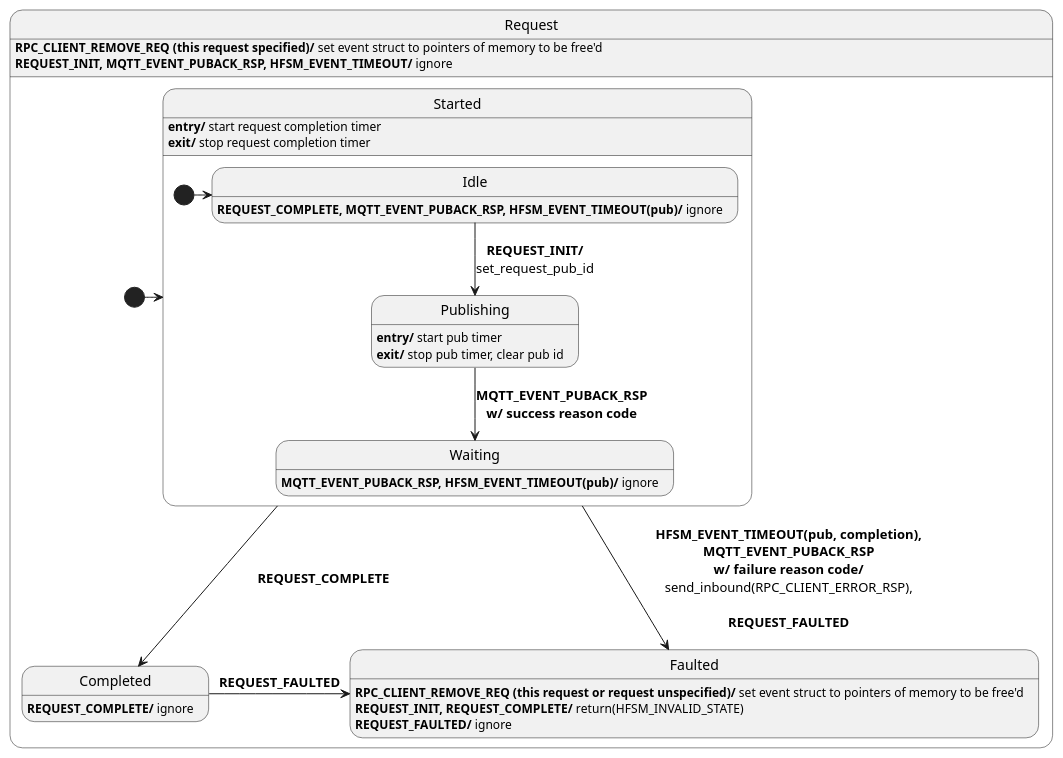
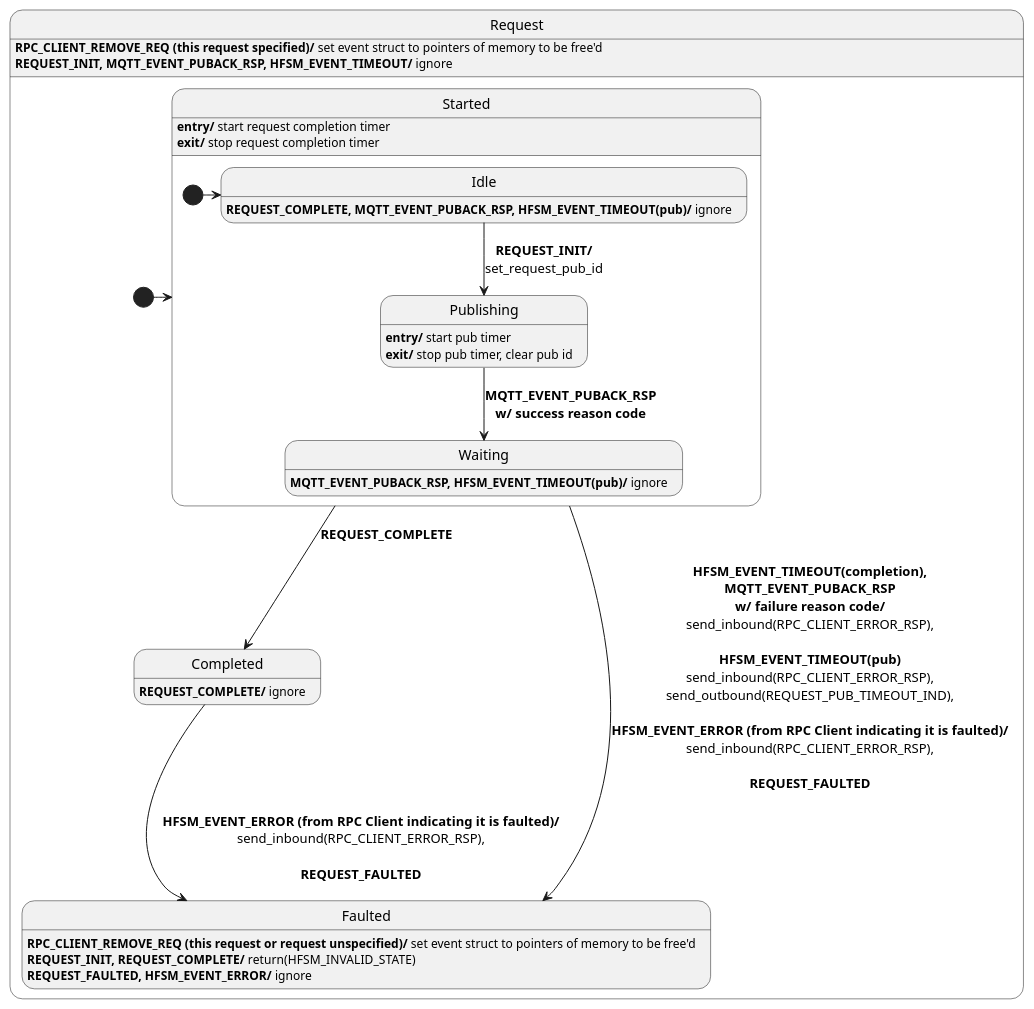
One commit to Azure/azure-sdk-for-c changed the diagram in sdk/docs/core/resources/mqtt_request.puml. Above: the diagram before and after it, drawn with PlantUML. The commit also changed 10 other files, not shown here.

First line of the commit message:
[HFSM] [RPC] RPC Client to faulted on pub timeout (#2763)

```diff
--- a/sdk/docs/core/resources/mqtt_request.puml
+++ b/sdk/docs/core/resources/mqtt_request.puml
@@ -1,44 +1,45 @@
 @startuml
 ' ignore these as handled outside of this diagram: MQTT_EVENT_CONNECT_REQ, MQTT_EVENT_CONNECT_RSP, MQTT_EVENT_DISCONNECT_REQ,
 ' MQTT_EVENT_DISCONNECT_RSP, MQTT5_EVENT_SUBACK_RSP, MQTT5_EVENT_UNSUBACK_RSP, and MQTT5_EVENT_PUB_RECV_IND
 ' Assumptions:
 ' 0. Unknown events are forwarded (in their original direction, either inbound or outbound).
 ' 1. send_inbound, send_outbound are used to send information to the app and network respectively.
 ' 2. All events check that they are for this request or have the correct pub id before processing them.
 ' 3. Events are handled at the root state only if they aren't handled in a substate.
 
 state Request {
   state Started {
     state Idle
     Idle : <b>REQUEST_COMPLETE, MQTT_EVENT_PUBACK_RSP, HFSM_EVENT_TIMEOUT(pub)/</b> ignore
 
     state Publishing
     Publishing : <b>entry/</b> start pub timer
     Publishing : <b>exit/</b> stop pub timer, clear pub id
 
     state Waiting
     Waiting : <b>MQTT_EVENT_PUBACK_RSP, HFSM_EVENT_TIMEOUT(pub)/</b> ignore
     
     [*] -> Idle
     Idle --> Publishing : <b>REQUEST_INIT/</b>\nset_request_pub_id
     Publishing --> Waiting : <b>MQTT_EVENT_PUBACK_RSP</b>\n<b>w/ success reason code</b>
   }
   Started : <b>entry/</b> start request completion timer
   Started : <b>exit/</b> stop request completion timer
 
   state Completed
   Completed : <b>REQUEST_COMPLETE/</b> ignore
   
   state Faulted
+
   Faulted : <b>RPC_CLIENT_REMOVE_REQ (this request or request unspecified)/</b> set event struct to pointers of memory to be free'd
   Faulted : <b>REQUEST_INIT, REQUEST_COMPLETE/</b> return(HFSM_INVALID_STATE)
-  Faulted : <b>REQUEST_FAULTED/</b> ignore
+  Faulted : <b>REQUEST_FAULTED, HFSM_EVENT_ERROR/</b> ignore
 
   [*] -> Started
-  Started --> Faulted : <b>HFSM_EVENT_TIMEOUT(pub, completion),</b>\n<b>MQTT_EVENT_PUBACK_RSP</b>\n<b>w/ failure reason code/</b>\nsend_inbound(RPC_CLIENT_ERROR_RSP),\n\n<b>REQUEST_FAULTED</b>
-  Completed -> Faulted : <b>REQUEST_FAULTED</b>
+  Started --> Faulted : <b>HFSM_EVENT_TIMEOUT(completion),</b>\n<b>MQTT_EVENT_PUBACK_RSP</b>\n<b>w/ failure reason code/</b>\nsend_inbound(RPC_CLIENT_ERROR_RSP),\n\n<b>HFSM_EVENT_TIMEOUT(pub)</b>\nsend_inbound(RPC_CLIENT_ERROR_RSP),\nsend_outbound(REQUEST_PUB_TIMEOUT_IND),\n\n<b>HFSM_EVENT_ERROR (from RPC Client indicating it is faulted)/</b>\nsend_inbound(RPC_CLIENT_ERROR_RSP),\n\n<b>REQUEST_FAULTED</b>
+  Completed --> Faulted : <b>HFSM_EVENT_ERROR (from RPC Client indicating it is faulted)/</b>\nsend_inbound(RPC_CLIENT_ERROR_RSP),\n\n<b>REQUEST_FAULTED</b>
   Started --> Completed : <b>REQUEST_COMPLETE</b>
 }
 Request : <b>RPC_CLIENT_REMOVE_REQ (this request specified)/</b> set event struct to pointers of memory to be free'd
 Request : <b>REQUEST_INIT, MQTT_EVENT_PUBACK_RSP, HFSM_EVENT_TIMEOUT/</b> ignore
 @enduml
```
